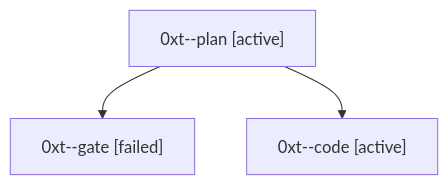
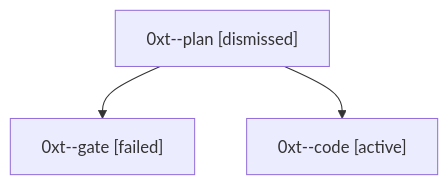
The diagram in sessions/bbugyi200.athena.0xt.md (bobs-org/bob-cli--agents), drawn with Mermaid before and after one commit. The commit also changed other lines of this file and 5 other files, not shown here.

````diff
--- a/sessions/bbugyi200.athena.0xt.md
+++ b/sessions/bbugyi200.athena.0xt.md
@@ -9,8 +9,8 @@
 ```mermaid
 flowchart TD
-  n0["0xt--plan [active]"]
+  n0["0xt--plan [dismissed]"]
   n1["0xt--gate [failed]"]
   n0 --> n1
   n2["0xt--code [active]"]
   n0 --> n2
 ```
````
